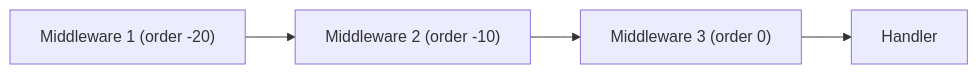
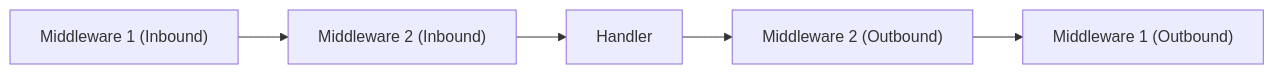
Before and after one commit to ppn-systems/Nalix: the second of 2 diagrams in docs/concepts/runtime/middleware-pipeline.md, drawn with Mermaid. The commit also changed other lines of this file and 64 other files, not shown here.

````diff
--- a/docs/concepts/runtime/middleware-pipeline.md
+++ b/docs/concepts/runtime/middleware-pipeline.md
@@ -50,6 +41,7 @@
 ```mermaid
 flowchart LR
-    M1["Middleware 1 (order -20)"] --> M2["Middleware 2 (order -10)"]
-    M2 --> M3["Middleware 3 (order 0)"]
-    M3 --> H["Handler"]
+    M1["Middleware 1 (Inbound)"] --> M2["Middleware 2 (Inbound)"]
+    M2 --> H["Handler"]
+    H --> M2_Out["Middleware 2 (Outbound)"]
+    M2_Out --> M1_Out["Middleware 1 (Outbound)"]
 ```
````
